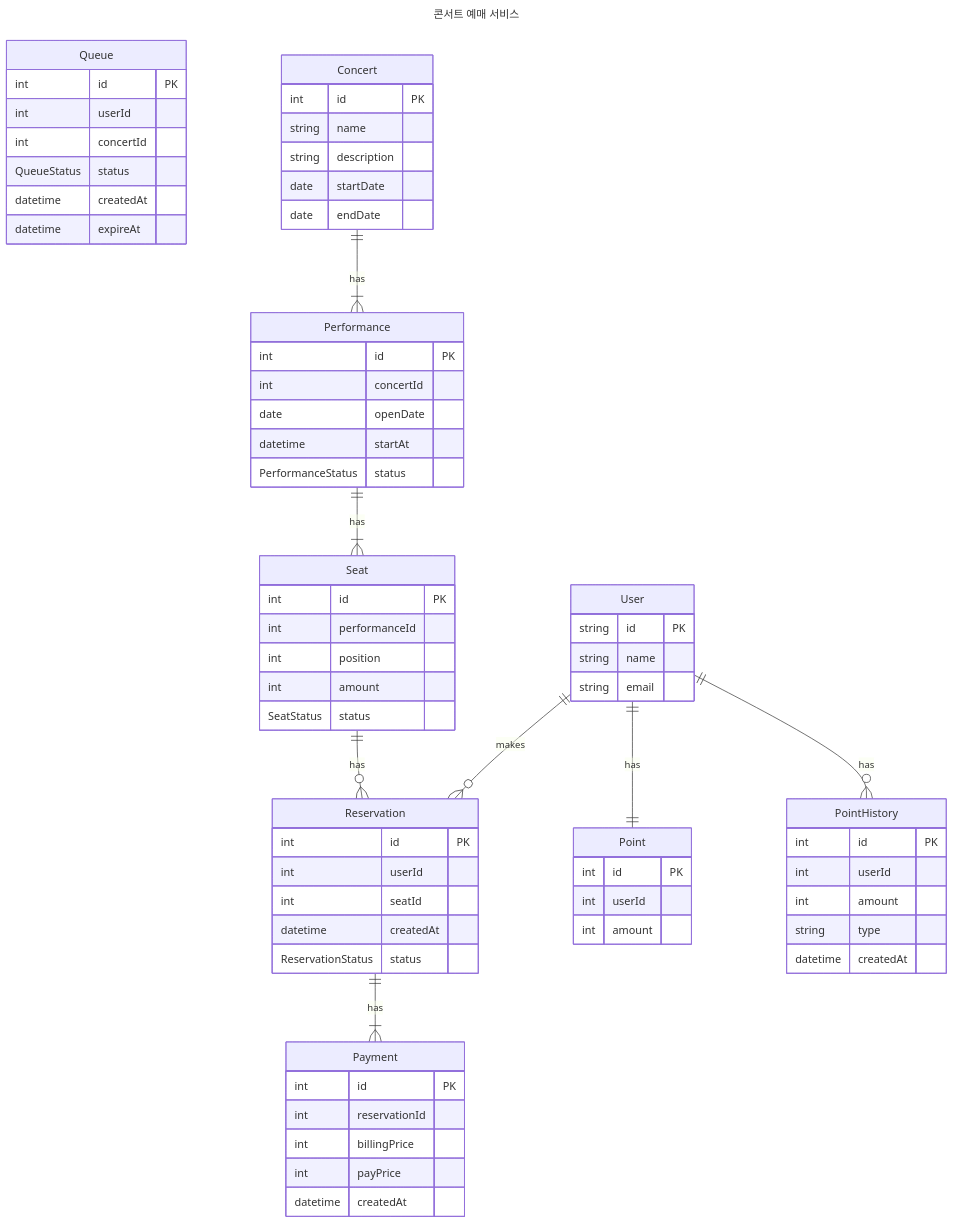
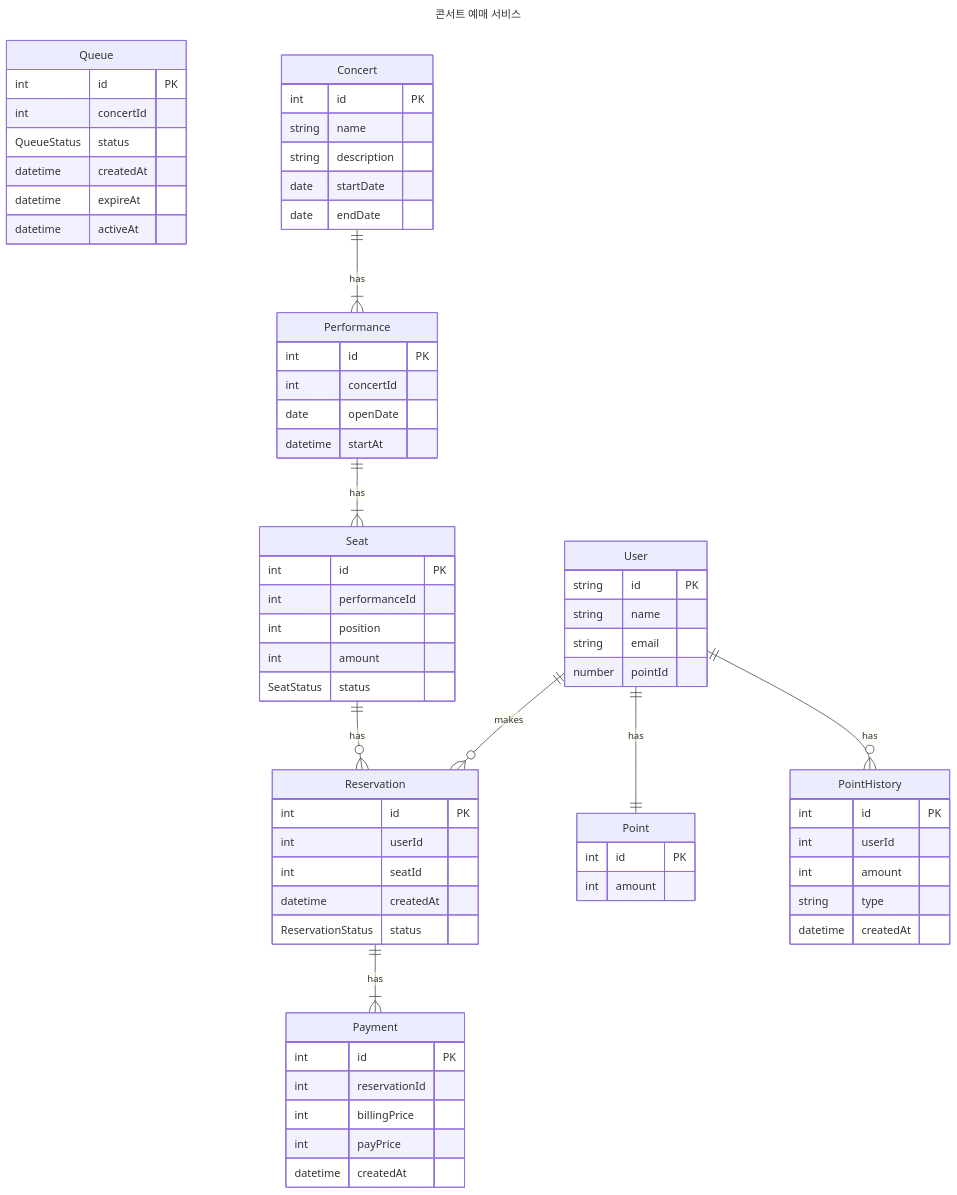
One commit to dbwogus94/hhplus-concert-ticketing-service changed the diagram in docs/4-ERD-정의서.md. Above: the diagram before and after it, drawn with Mermaid.

Commit message:
docs: ERD 정의서 최신화

```diff
--- a/docs/4-ERD-정의서.md
+++ b/docs/4-ERD-정의서.md
@@ -8,14 +8,14 @@
 ---
 
 erDiagram
-		%% 만료날짜는 이후 Redis의 TTL 기능...
+    %% 만료날짜는 이후 Redis의 TTL 기능...
     Queue {
         int id PK
-        int userId
         int concertId
         QueueStatus status
         datetime createdAt
         datetime expireAt
+        datetime activeAt
     }
 
     %% 콘서트 예약 서비스
@@ -31,7 +31,6 @@
         int concertId
         date openDate
         datetime startAt
-        PerformanceStatus status
     }
     Seat {
         int id PK
@@ -63,10 +62,10 @@
         string id PK
         string name
         string email
+        number pointId
     }
     Point {
         int id PK
-        int userId
         int amount
     }
     PointHistory {
```
